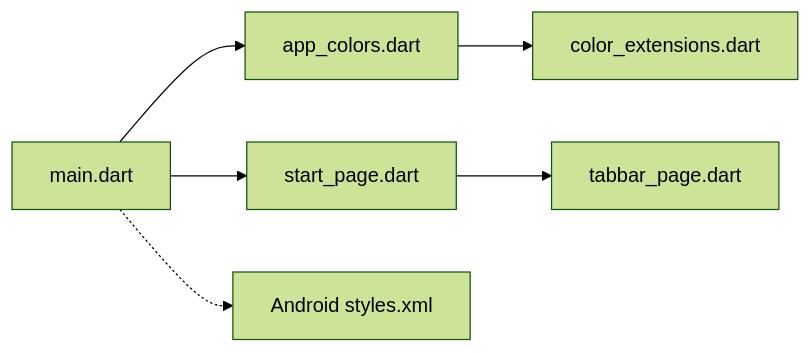
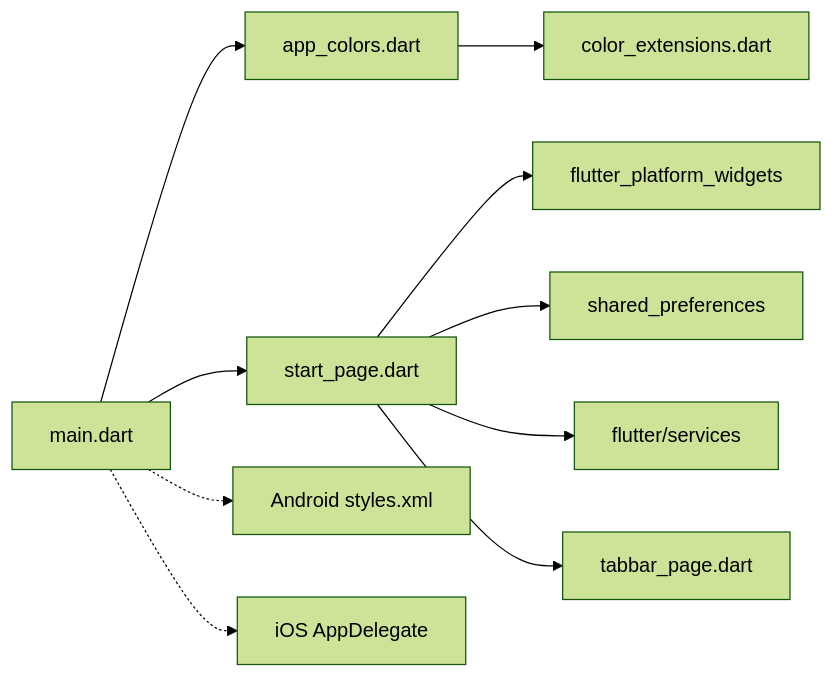
One commit to sfandy126/zslx_flutter changed the fourth of 4 diagrams in .qoder/repowiki/zh/content/核心模块/启动模块.md. Above: the diagram before and after it, drawn with Mermaid (forest theme). The commit also changed other lines of this file and 56 other files, not shown here.

````diff
--- a/.qoder/repowiki/zh/content/核心模块/启动模块.md
+++ b/.qoder/repowiki/zh/content/核心模块/启动模块.md
@@ -171,8 +253,12 @@
 ```mermaid
 graph LR
 Main["main.dart"] --> Colors["app_colors.dart"]
 Colors --> Ext["color_extensions.dart"]
 Main --> Start["start_page.dart"]
+Start --> Platform["flutter_platform_widgets"]
+Start --> Storage["shared_preferences"]
+Start --> System["flutter/services"]
 Start --> Tabs["tabbar_page.dart"]
 Main -.-> Styles["Android styles.xml"]
+Main -.-> iOS["iOS AppDelegate"]
 ```
````
